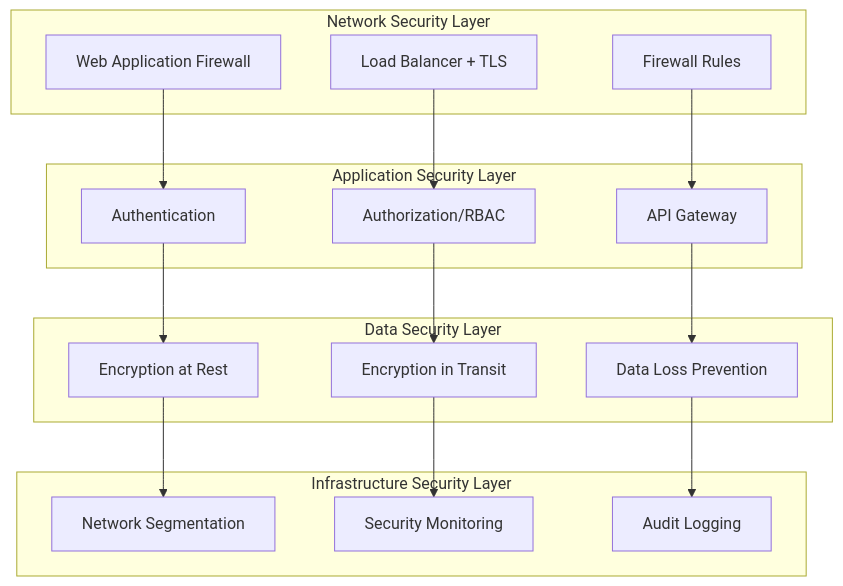
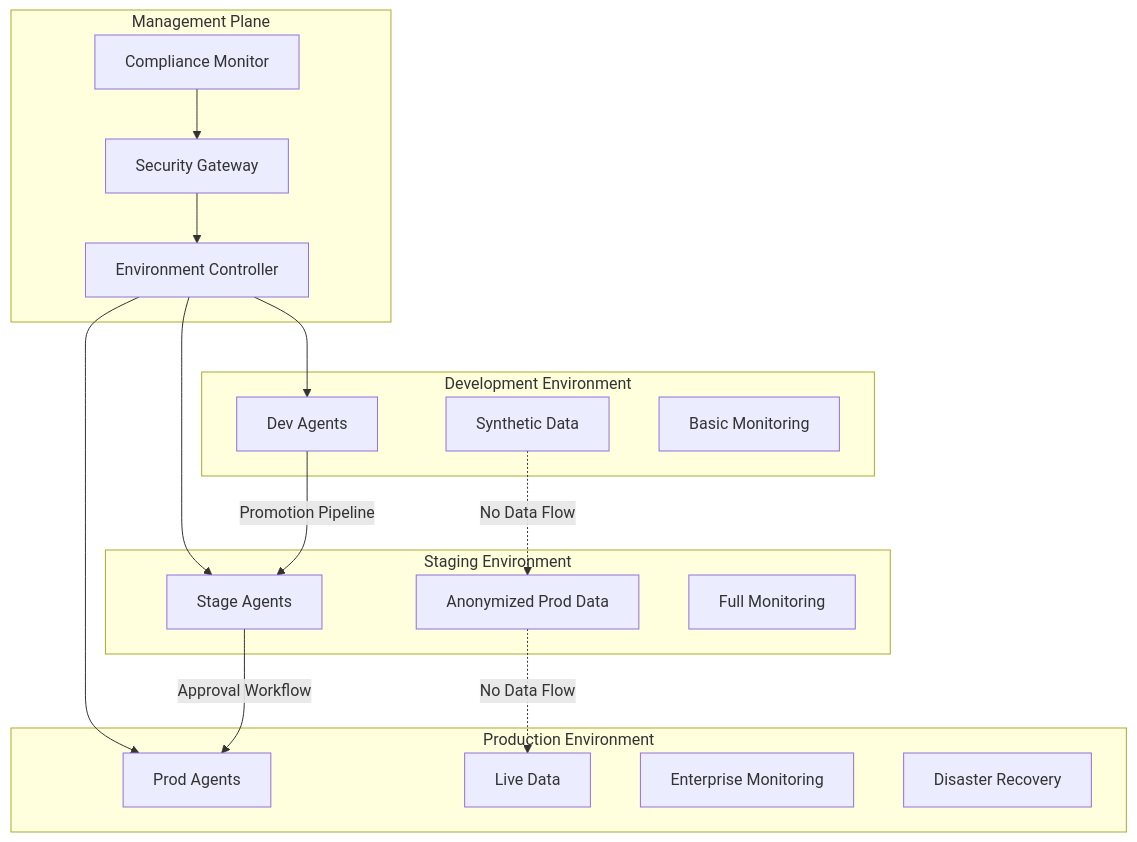
Before and after one commit to CRollins6020/CRollins6020: the fifth of 7 diagrams in User-Guides/langchain-agent-platform-admin-guide.md, drawn with Mermaid. The commit also changed other lines of this file and 4 other files, not shown here.

````diff
--- a/User-Guides/langchain-agent-platform-admin-guide.md
+++ b/User-Guides/langchain-agent-platform-admin-guide.md
@@ -1005,36 +706,38 @@
 ```mermaid
 graph TB
-    subgraph "Network Security Layer"
-        WAF[Web Application Firewall]
-        LB[Load Balancer + TLS]
-        FW[Firewall Rules]
+    subgraph "Development Environment"
+        D1[Dev Agents]
+        D2[Synthetic Data]
+        D3[Basic Monitoring]
     end
     
-    subgraph "Application Security Layer"
-        AUTH[Authentication]
-        AUTHZ[Authorization/RBAC]
-        API[API Gateway]
+    subgraph "Staging Environment"
+        S1[Stage Agents]
+        S2[Anonymized Prod Data]
+        S3[Full Monitoring]
     end
     
-    subgraph "Data Security Layer"
-        ENCRYPT[Encryption at Rest]
-        TRANSIT[Encryption in Transit]
-        DLP[Data Loss Prevention]
+    subgraph "Production Environment"
+        P1[Prod Agents]
+        P2[Live Data]
+        P3[Enterprise Monitoring]
+        P4[Disaster Recovery]
     end
     
-    subgraph "Infrastructure Security Layer"
-        NET[Network Segmentation]
-        MONITOR[Security Monitoring]
-        AUDIT[Audit Logging]
+    D1 --> |Promotion Pipeline| S1
+    S1 --> |Approval Workflow| P1
+    D2 -.-> |No Data Flow| S2
+    S2 -.-> |No Data Flow| P2
+    
+    subgraph "Management Plane"
+        M1[Environment Controller]
+        M2[Security Gateway]
+        M3[Compliance Monitor]
     end
     
-    WAF --> AUTH
-    LB --> AUTHZ
-    FW --> API
-    AUTH --> ENCRYPT
-    AUTHZ --> TRANSIT
-    API --> DLP
-    ENCRYPT --> NET
-    TRANSIT --> MONITOR
-    DLP --> AUDIT
+    M1 --> D1
+    M1 --> S1
+    M1 --> P1
+    M2 --> M1
+    M3 --> M2
 ```
````
